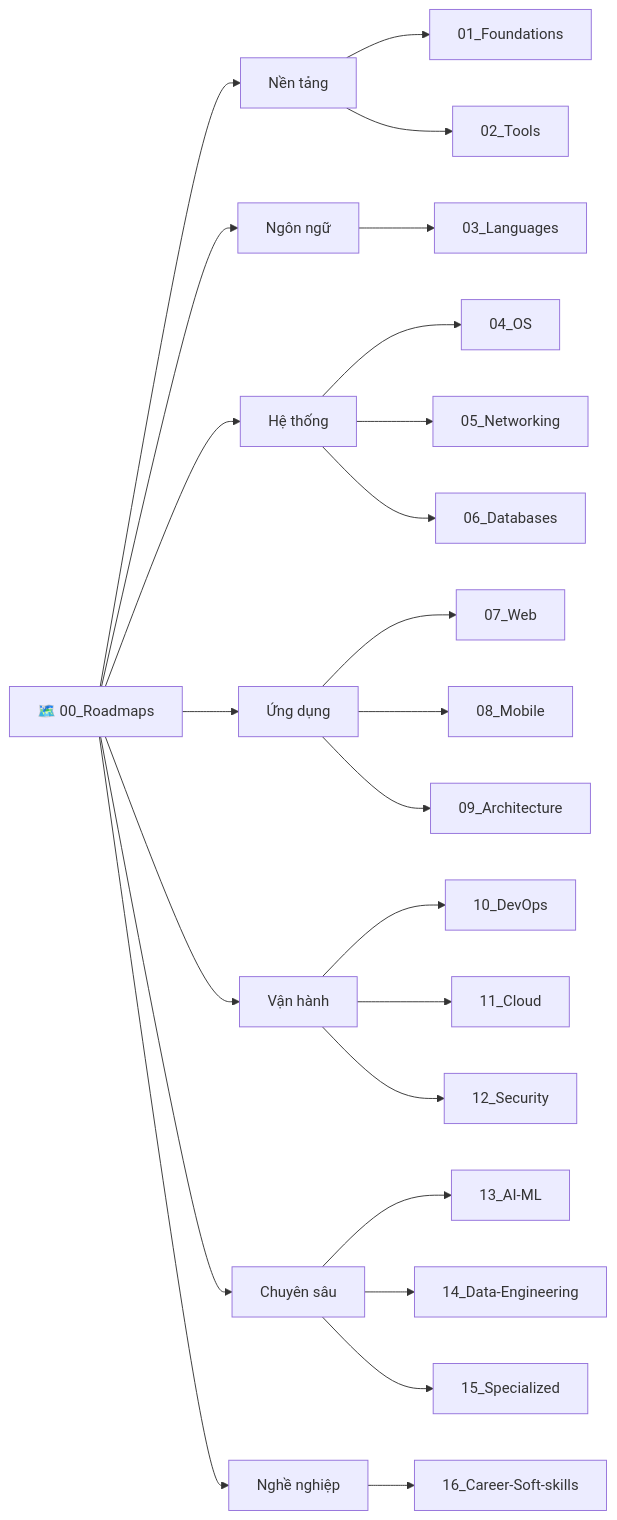
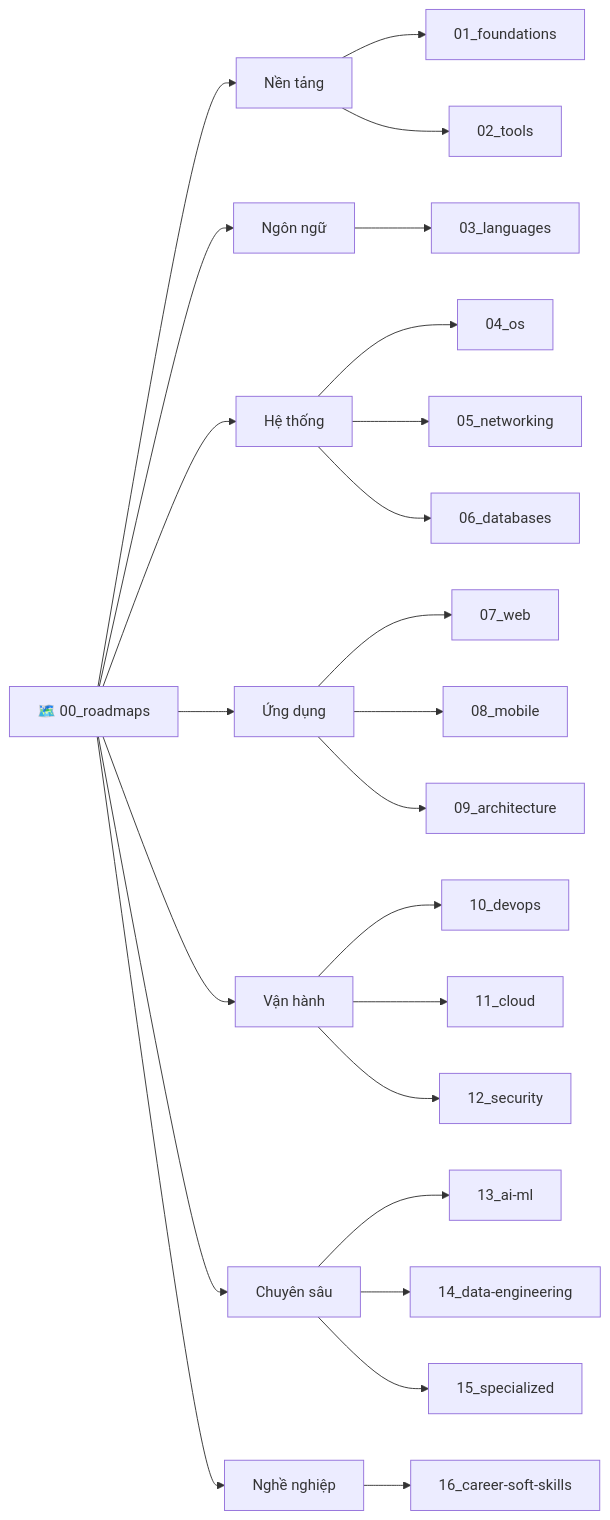
The diagram in README.md (thanhdevops95/Dev-knowledge), drawn with Mermaid before and after one commit. The commit also changed other lines of this file and 4239 other files, not shown here.

````diff
--- a/README.md
+++ b/README.md
@@ -42,19 +42,19 @@
 ```mermaid
 graph LR
-    R[🗺️ 00_Roadmaps] --> F[Nền tảng]
+    R[🗺️ 00_roadmaps] --> F[Nền tảng]
     R --> L[Ngôn ngữ]
     R --> S[Hệ thống]
     R --> A[Ứng dụng]
     R --> O[Vận hành]
     R --> D[Chuyên sâu]
     R --> N[Nghề nghiệp]
 
-    F --> F1[01_Foundations] & F2[02_Tools]
-    L --> L1[03_Languages]
-    S --> S1[04_OS] & S2[05_Networking] & S3[06_Databases]
-    A --> A1[07_Web] & A2[08_Mobile] & A3[09_Architecture]
-    O --> O1[10_DevOps] & O2[11_Cloud] & O3[12_Security]
-    D --> D1[13_AI-ML] & D2[14_Data-Engineering] & D3[15_Specialized]
-    N --> N1[16_Career-Soft-skills]
+    F --> F1[01_foundations] & F2[02_tools]
+    L --> L1[03_languages]
+    S --> S1[04_os] & S2[05_networking] & S3[06_databases]
+    A --> A1[07_web] & A2[08_mobile] & A3[09_architecture]
+    O --> O1[10_devops] & O2[11_cloud] & O3[12_security]
+    D --> D1[13_ai-ml] & D2[14_data-engineering] & D3[15_specialized]
+    N --> N1[16_career-soft-skills]
 
 ```
````
